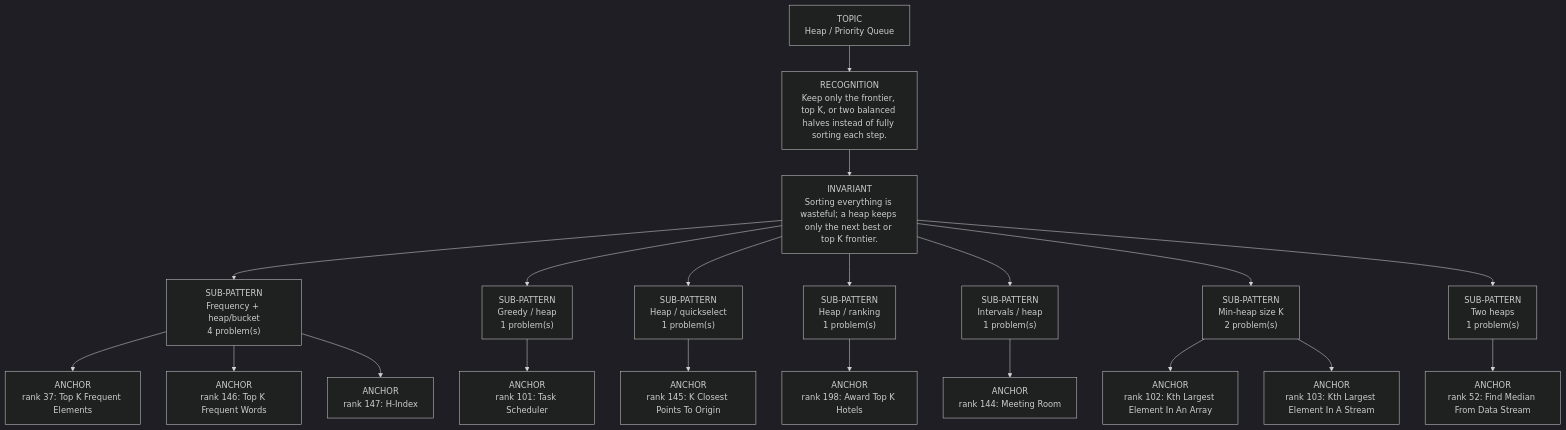
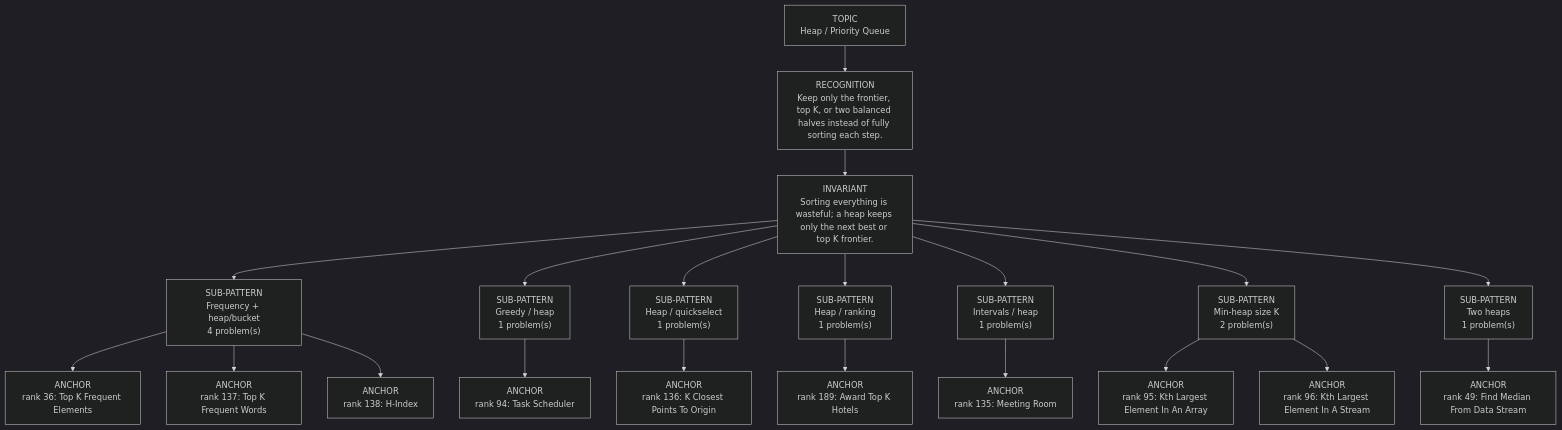
One commit to thechiranjeevjain/DSA10days changed the diagram in dsa-review/interview/patterns/15_heap.md. Above: the diagram before and after it, drawn with Mermaid (dark theme). The commit also changed other lines of this file and 61 other files, not shown here.

````diff
--- a/dsa-review/interview/patterns/15_heap.md
+++ b/dsa-review/interview/patterns/15_heap.md
@@ -15,24 +15,24 @@
 ```mermaid
 flowchart TD
   Topic["TOPIC<br/>Heap / Priority Queue"]
   Recognition["RECOGNITION<br/>Keep only the frontier, top K, or two balanced halves instead of fully sorting each step."]
   Invariant["INVARIANT<br/>Sorting everything is wasteful; a heap keeps only the next best or top K frontier."]
   Topic --> Recognition --> Invariant
   Invariant --> Sub01["SUB-PATTERN<br/>Frequency + heap/bucket<br/>4 problem(s)"]
-  Sub01 --> Sub01A01["ANCHOR<br/>rank 37: Top K Frequent Elements"]
-  Sub01 --> Sub01A02["ANCHOR<br/>rank 146: Top K Frequent Words"]
-  Sub01 --> Sub01A03["ANCHOR<br/>rank 147: H-Index"]
+  Sub01 --> Sub01A01["ANCHOR<br/>rank 36: Top K Frequent Elements"]
+  Sub01 --> Sub01A02["ANCHOR<br/>rank 137: Top K Frequent Words"]
+  Sub01 --> Sub01A03["ANCHOR<br/>rank 138: H-Index"]
   Invariant --> Sub02["SUB-PATTERN<br/>Greedy / heap<br/>1 problem(s)"]
-  Sub02 --> Sub02A01["ANCHOR<br/>rank 101: Task Scheduler"]
+  Sub02 --> Sub02A01["ANCHOR<br/>rank 94: Task Scheduler"]
   Invariant --> Sub03["SUB-PATTERN<br/>Heap / quickselect<br/>1 problem(s)"]
-  Sub03 --> Sub03A01["ANCHOR<br/>rank 145: K Closest Points To Origin"]
+  Sub03 --> Sub03A01["ANCHOR<br/>rank 136: K Closest Points To Origin"]
   Invariant --> Sub04["SUB-PATTERN<br/>Heap / ranking<br/>1 problem(s)"]
-  Sub04 --> Sub04A01["ANCHOR<br/>rank 198: Award Top K Hotels"]
+  Sub04 --> Sub04A01["ANCHOR<br/>rank 189: Award Top K Hotels"]
   Invariant --> Sub05["SUB-PATTERN<br/>Intervals / heap<br/>1 problem(s)"]
-  Sub05 --> Sub05A01["ANCHOR<br/>rank 144: Meeting Room"]
+  Sub05 --> Sub05A01["ANCHOR<br/>rank 135: Meeting Room"]
   Invariant --> Sub06["SUB-PATTERN<br/>Min-heap size K<br/>2 problem(s)"]
-  Sub06 --> Sub06A01["ANCHOR<br/>rank 102: Kth Largest Element In An Array"]
-  Sub06 --> Sub06A02["ANCHOR<br/>rank 103: Kth Largest Element In A Stream"]
+  Sub06 --> Sub06A01["ANCHOR<br/>rank 95: Kth Largest Element In An Array"]
+  Sub06 --> Sub06A02["ANCHOR<br/>rank 96: Kth Largest Element In A Stream"]
   Invariant --> Sub07["SUB-PATTERN<br/>Two heaps<br/>1 problem(s)"]
-  Sub07 --> Sub07A01["ANCHOR<br/>rank 52: Find Median From Data Stream"]
+  Sub07 --> Sub07A01["ANCHOR<br/>rank 49: Find Median From Data Stream"]
 ```
````
